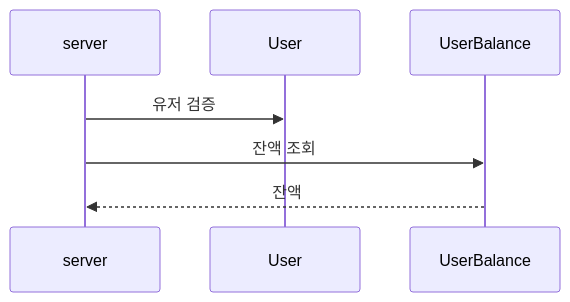
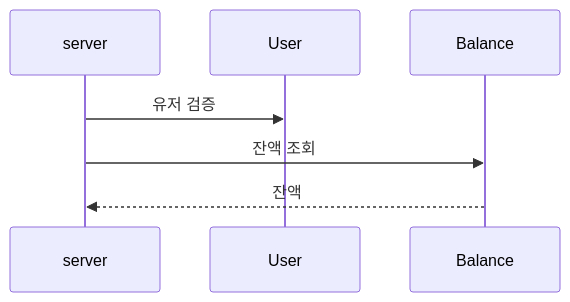
Before and after one commit to alert-kim/e-commerce: the second of 3 diagrams in docs/specs/charge.md, drawn with Mermaid. The commit also changed other lines of this file and 25 other files, not shown here.

````diff
--- a/docs/specs/charge.md
+++ b/docs/specs/charge.md
@@ -34,10 +34,10 @@
 ```mermaid
 sequenceDiagram
 participant server
 participant User
-participant UserBalance
+participant Balance
     server->>User: 유저 검증
     
-    server->>UserBalance: 잔액 조회
-    UserBalance-->>server: 잔액
+    server->>Balance: 잔액 조회
+    Balance-->>server: 잔액
 ```
````
